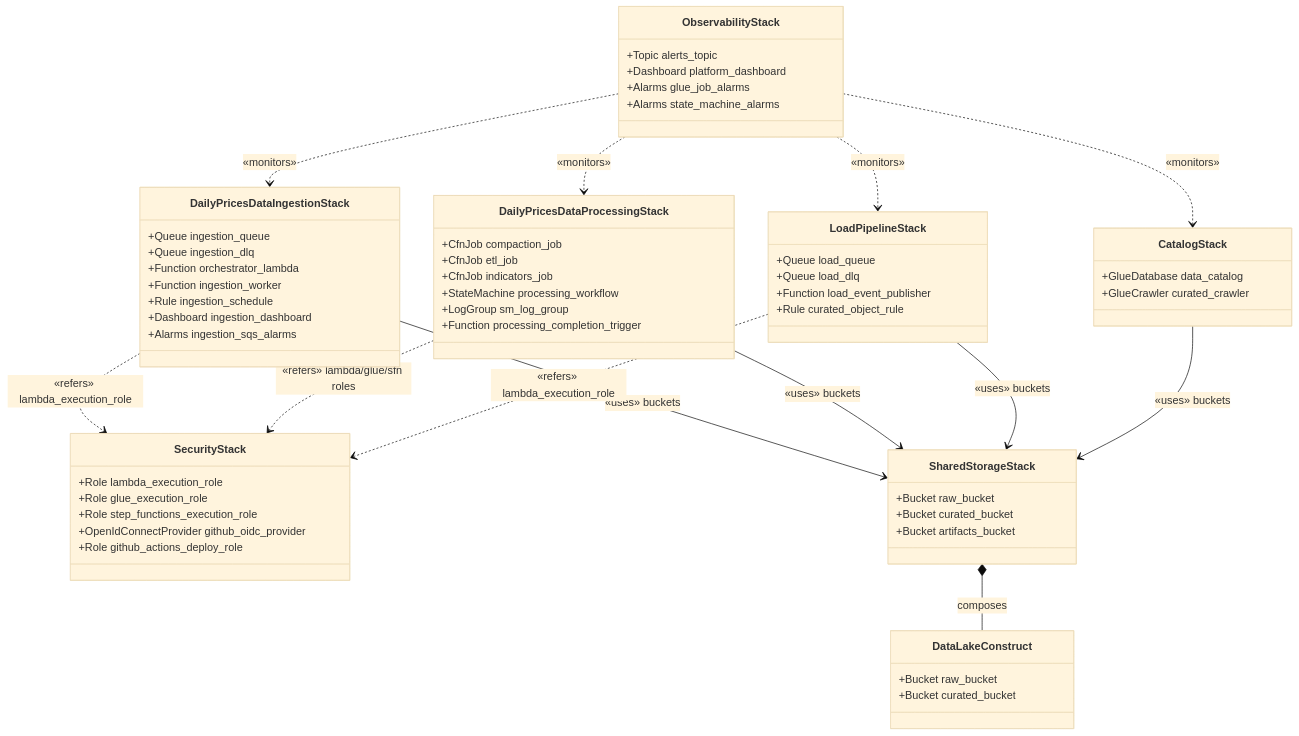
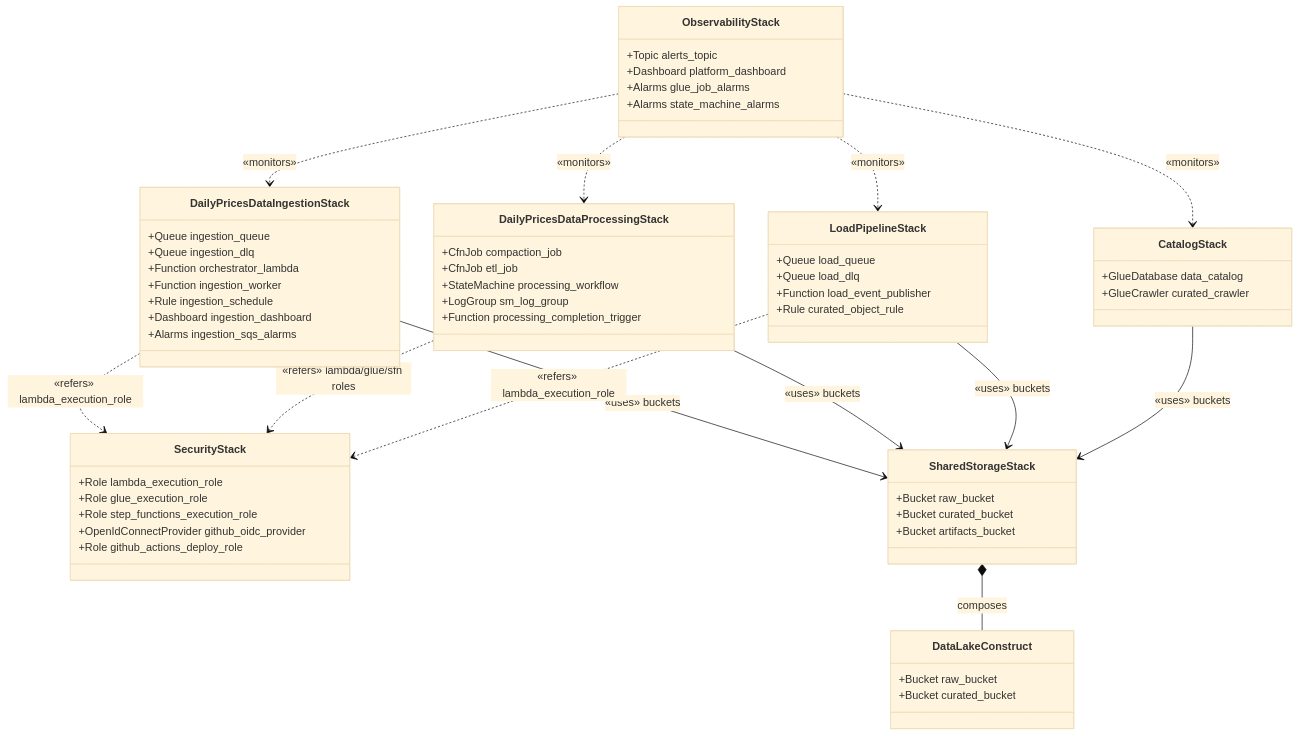
The diagram in docs/diagrams/infrastructure/01-cdk-classes.md (keemgdeok/fin-forge-pipeline), drawn with Mermaid (base theme) before and after one commit. The commit also changed 15 other files, not shown here.

Commit message:
docs: refresh transform specs and diagrams for curated-only pipeline

````diff
--- a/docs/diagrams/infrastructure/01-cdk-classes.md
+++ b/docs/diagrams/infrastructure/01-cdk-classes.md
@@ -1,79 +1,78 @@
 ```mermaid
 classDiagram
   %% Core security & shared storage
   class SecurityStack {
     +Role lambda_execution_role
     +Role glue_execution_role
     +Role step_functions_execution_role
     +OpenIdConnectProvider github_oidc_provider
     +Role github_actions_deploy_role
   }
 
   class SharedStorageStack {
     +Bucket raw_bucket
     +Bucket curated_bucket
     +Bucket artifacts_bucket
   }
 
   class DataLakeConstruct {
     +Bucket raw_bucket
     +Bucket curated_bucket
   }
 
   %% Pipelines
   class DailyPricesDataIngestionStack {
     +Queue ingestion_queue
     +Queue ingestion_dlq
     +Function orchestrator_lambda
     +Function ingestion_worker
     +Rule ingestion_schedule
     +Dashboard ingestion_dashboard
     +Alarms ingestion_sqs_alarms
   }
 
   class DailyPricesDataProcessingStack {
     +CfnJob compaction_job
     +CfnJob etl_job
-    +CfnJob indicators_job
     +StateMachine processing_workflow
     +LogGroup sm_log_group
     +Function processing_completion_trigger
   }
 
   class LoadPipelineStack {
     +Queue load_queue
     +Queue load_dlq
     +Function load_event_publisher
     +Rule curated_object_rule
   }
 
   %% Platform/Observability & Governance
   class ObservabilityStack {
     +Topic alerts_topic
     +Dashboard platform_dashboard
     +Alarms glue_job_alarms
     +Alarms state_machine_alarms
   }
 
   class CatalogStack {
     +GlueDatabase data_catalog
     +GlueCrawler curated_crawler
   }
 
   %% Relationships
   SharedStorageStack *-- DataLakeConstruct : composes
 
   DailyPricesDataIngestionStack --> SharedStorageStack : «uses» buckets
   DailyPricesDataProcessingStack --> SharedStorageStack : «uses» buckets
   LoadPipelineStack --> SharedStorageStack : «uses» buckets
   CatalogStack --> SharedStorageStack : «uses» buckets
 
   DailyPricesDataIngestionStack ..> SecurityStack : «refers» lambda_execution_role
   DailyPricesDataProcessingStack ..> SecurityStack : «refers» lambda/glue/sfn roles
   LoadPipelineStack ..> SecurityStack : «refers» lambda_execution_role
 
   ObservabilityStack ..> DailyPricesDataIngestionStack : «monitors»
   ObservabilityStack ..> DailyPricesDataProcessingStack : «monitors»
   ObservabilityStack ..> LoadPipelineStack : «monitors»
   ObservabilityStack ..> CatalogStack : «monitors»
 ```
````
